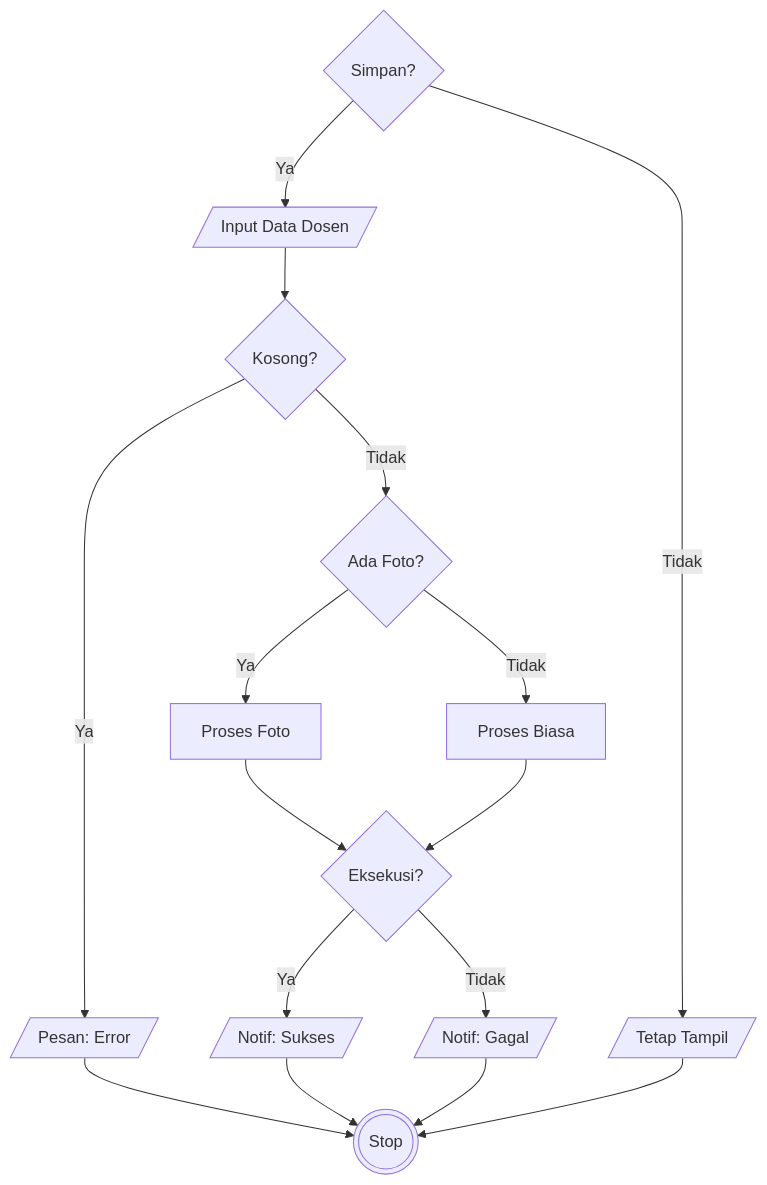
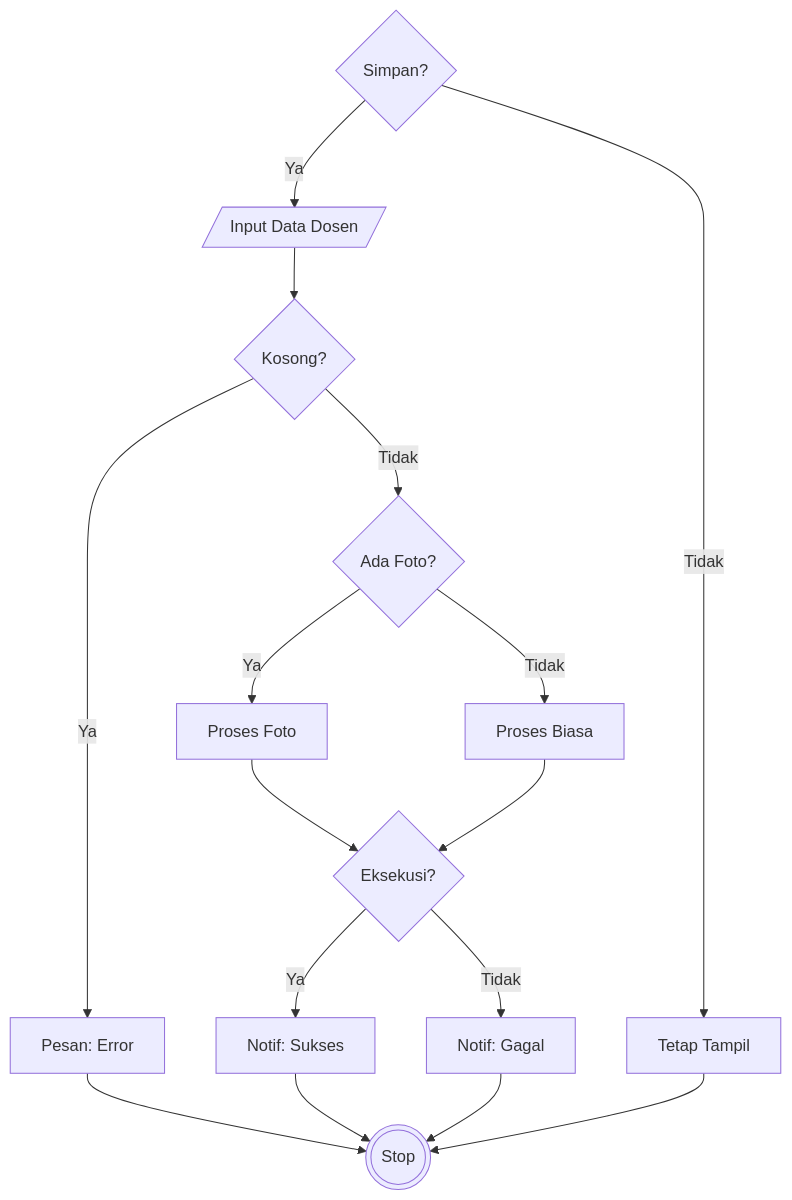
Before and after one commit to arbain-dev/Web_fikom: the fifth of 6 diagrams in docs/07_PENGUJIAN_WHITE_BOX.md, drawn with Mermaid. The commit also changed other lines of this file, not shown here.

Commit message:
docs: fix mermaid flowchart node shapes to emphasize input as parallelogram

````diff
--- a/docs/07_PENGUJIAN_WHITE_BOX.md
+++ b/docs/07_PENGUJIAN_WHITE_BOX.md
@@ -258,23 +258,23 @@
 ```mermaid
 flowchart TD
     1{Simpan?} -->|Ya| 2[/Input Data Dosen/]
-    1 -->|Tidak| 11[/Tetap Tampil/]
+    1 -->|Tidak| 11[Tetap Tampil]
     
     2 --> 3{Kosong?}
-    3 -->|Ya| 4[/Pesan: Error/]
+    3 -->|Ya| 4[Pesan: Error]
     3 -->|Tidak| 5{Ada Foto?}
     
     5 -->|Ya| 6[Proses Foto]
     5 -->|Tidak| 7[Proses Biasa]
     
     6 --> 8{Eksekusi?}
     7 --> 8
     
-    8 -->|Ya| 9[/Notif: Sukses/]
-    8 -->|Tidak| 10[/Notif: Gagal/]
+    8 -->|Ya| 9[Notif: Sukses]
+    8 -->|Tidak| 10[Notif: Gagal]
     
     4 --> 12(((Stop)))
     9 --> 12
     10 --> 12
     11 --> 12
 ```
````
